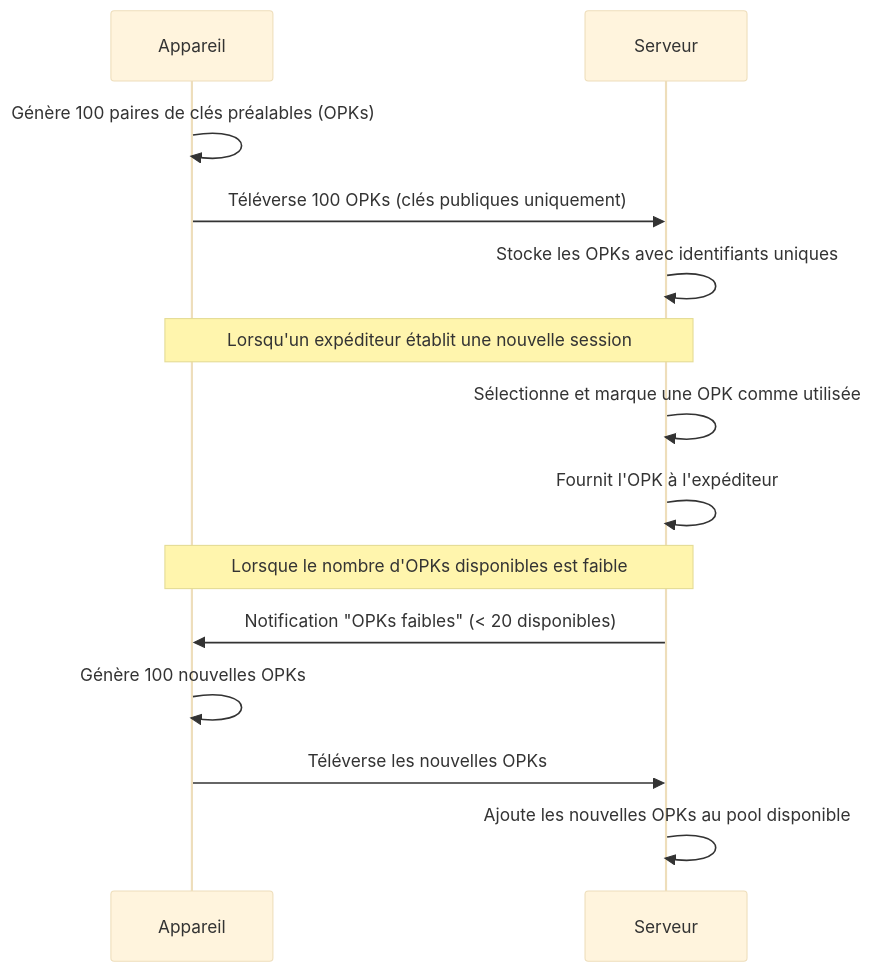
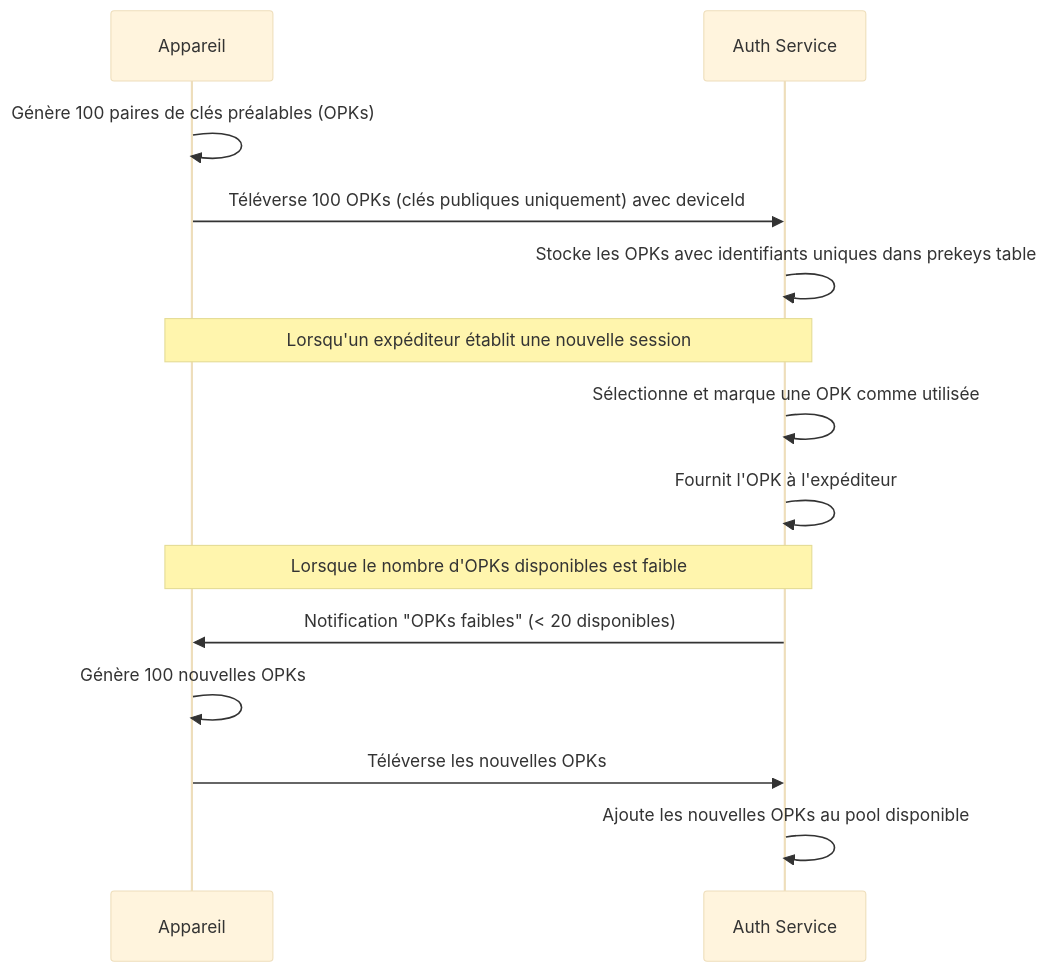
One commit to whispr-messenger/auth-service changed the seventh of 13 diagrams in documentation/2_fonctional_specs/4_encryption_end_to_end.md. Above: the diagram before and after it, drawn with Mermaid (base theme). The commit also changed other lines of this file and 4 other files, not shown here.

Commit message:
📝 Update devices data managed by auth service

````diff
--- a/documentation/2_fonctional_specs/4_encryption_end_to_end.md
+++ b/documentation/2_fonctional_specs/4_encryption_end_to_end.md
@@ -345,21 +359,21 @@
 ```mermaid
 sequenceDiagram
     participant D as Appareil
-    participant S as Serveur
+    participant AuthService as Auth Service
     
     D->>D: Génère 100 paires de clés préalables (OPKs)
-    D->>S: Téléverse 100 OPKs (clés publiques uniquement)
-    S->>S: Stocke les OPKs avec identifiants uniques
+    D->>AuthService: Téléverse 100 OPKs (clés publiques uniquement) avec deviceId
+    AuthService->>AuthService: Stocke les OPKs avec identifiants uniques dans prekeys table
     
-    Note over D,S: Lorsqu'un expéditeur établit une nouvelle session
+    Note over D,AuthService: Lorsqu'un expéditeur établit une nouvelle session
     
-    S->>S: Sélectionne et marque une OPK comme utilisée
-    S->>S: Fournit l'OPK à l'expéditeur
+    AuthService->>AuthService: Sélectionne et marque une OPK comme utilisée
+    AuthService->>AuthService: Fournit l'OPK à l'expéditeur
     
-    Note over D,S: Lorsque le nombre d'OPKs disponibles est faible
+    Note over D,AuthService: Lorsque le nombre d'OPKs disponibles est faible
     
-    S->>D: Notification "OPKs faibles" (< 20 disponibles)
+    AuthService->>D: Notification "OPKs faibles" (< 20 disponibles)
     D->>D: Génère 100 nouvelles OPKs
-    D->>S: Téléverse les nouvelles OPKs
-    S->>S: Ajoute les nouvelles OPKs au pool disponible
+    D->>AuthService: Téléverse les nouvelles OPKs
+    AuthService->>AuthService: Ajoute les nouvelles OPKs au pool disponible
 ```
````
